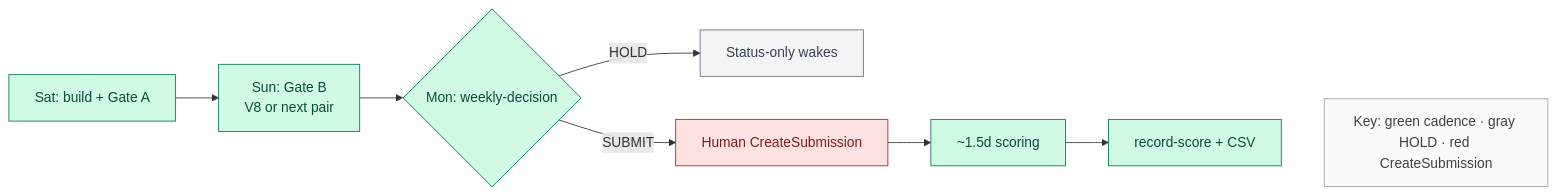
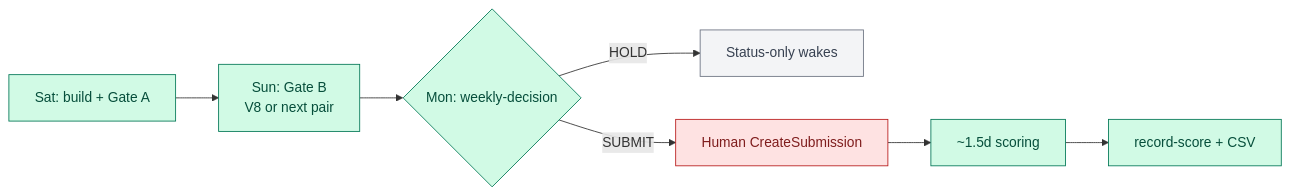
One commit to khaosans/noisegate-gemma4-factory changed the third of 7 diagrams in docs/wiki/Architecture.md. Above: the diagram before and after it, drawn with Mermaid. The commit also changed other lines of this file and 4 other files, not shown here.

First line of the commit message:
docs: drop Mermaid Key/Legend nodes entirely

````diff
--- a/docs/wiki/Architecture.md
+++ b/docs/wiki/Architecture.md
@@ -95,20 +87,16 @@
 ```mermaid
 flowchart LR
   Sat[Sat: build + Gate A] --> Sun[Sun: Gate B<br/>V8 or next pair]
   Sun --> Mon{Mon: weekly-decision}
   Mon -->|HOLD| Ops[Status-only wakes]
   Mon -->|SUBMIT| Hitl[Human CreateSubmission]
   Hitl --> Wait[~1.5d scoring]
   Wait --> Rec[record-score + CSV]
 
-  Key["Key: green cadence · gray HOLD · red CreateSubmission"]
-  Rec ~~~ Key
-
   classDef factory fill:#D1FAE5,stroke:#047857,color:#064E3B
   classDef hitl fill:#FEE2E2,stroke:#B91C1C,color:#7F1D1D
   classDef hold fill:#F3F4F6,stroke:#6B7280,color:#374151
   class Sat,Sun,Mon,Wait,Rec factory
   class Ops hold
   class Hitl hitl
-  style Key fill:#FAFAF9,stroke:#A8A29E,color:#44403C
 ```
````
